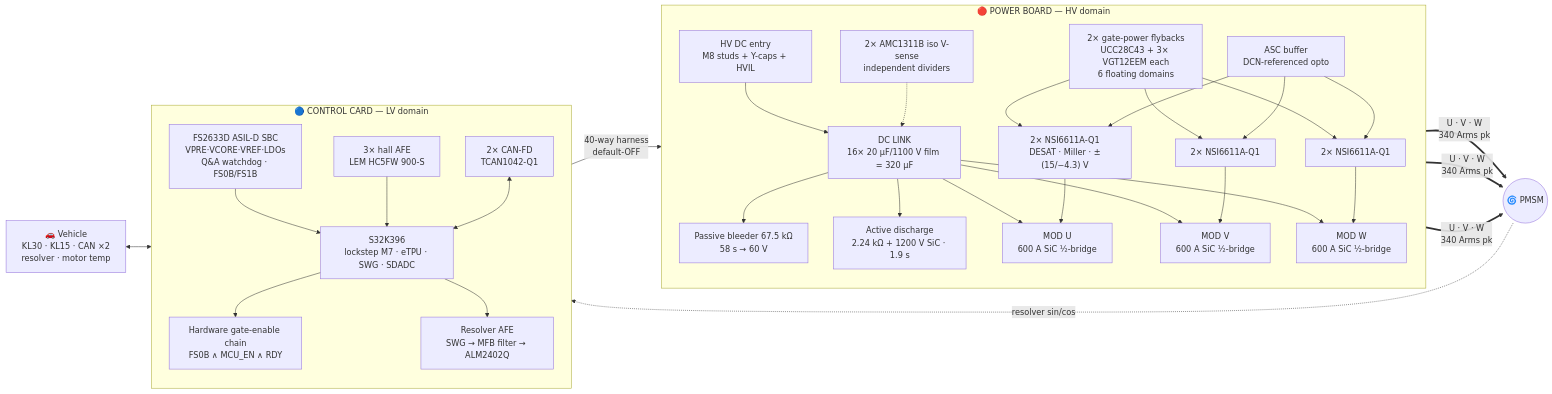
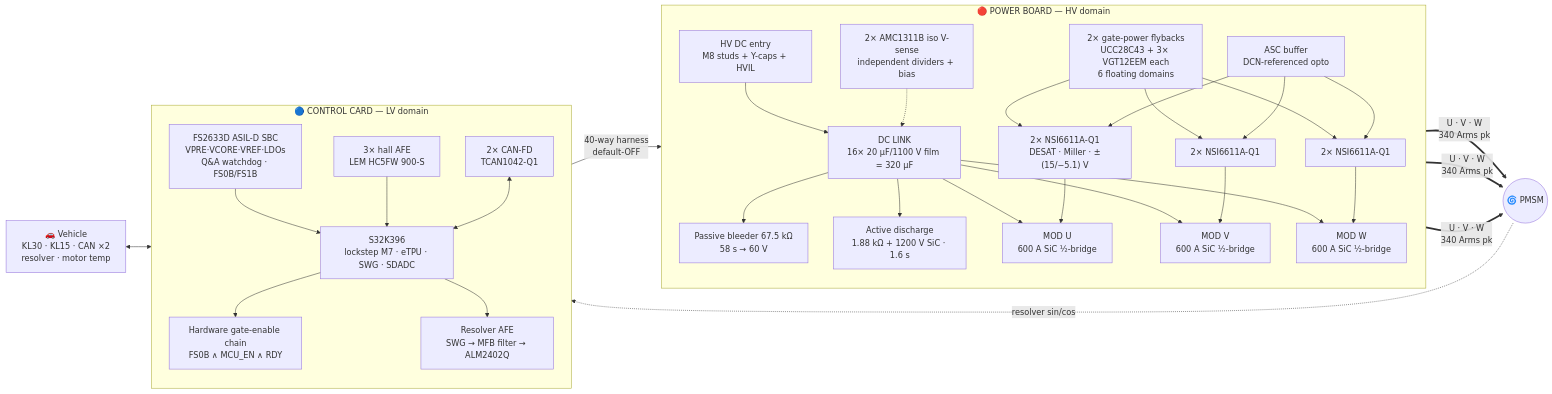
The first of 9 diagrams in README.md (vectivolt/Traction-Inverter-GEN-1), drawn with Mermaid before and after one commit. The commit also changed other lines of this file and 61 other files, not shown here.

````diff
--- a/README.md
+++ b/README.md
@@ -145,35 +147,35 @@
 ```mermaid
 flowchart LR
   subgraph HV["🔴 POWER BOARD — HV domain"]
     direction TB
     DCIN["HV DC entry<br/>M8 studs + Y-caps + HVIL"] --> LINK["DC LINK<br/>16× 20 µF/1100 V film = 320 µF"]
     LINK --> BLEED["Passive bleeder 67.5 kΩ<br/>58 s → 60 V"]
-    LINK --> ADIS["Active discharge<br/>2.24 kΩ + 1200 V SiC · 1.9 s"]
+    LINK --> ADIS["Active discharge<br/>1.88 kΩ + 1200 V SiC · 1.6 s"]
     LINK --> MU["MOD U<br/>600 A SiC ½-bridge"]
     LINK --> MV["MOD V<br/>600 A SiC ½-bridge"]
     LINK --> MW["MOD W<br/>600 A SiC ½-bridge"]
-    GDU["2× NSI6611A-Q1<br/>DESAT · Miller · ±(15/−4.3) V"] --> MU
+    GDU["2× NSI6611A-Q1<br/>DESAT · Miller · ±(15/−5.1) V"] --> MU
     GDV["2× NSI6611A-Q1"] --> MV
     GDW["2× NSI6611A-Q1"] --> MW
     FLY["2× gate-power flybacks<br/>UCC28C43 + 3× VGT12EEM each<br/>6 floating domains"] --> GDU & GDV & GDW
-    VDC["2× AMC1311B iso V-sense<br/>independent dividers"] -.-> LINK
+    VDC["2× AMC1311B iso V-sense<br/>independent dividers + bias"] -.-> LINK
     ASC["ASC buffer<br/>DCN-referenced opto"] --> GDU & GDV & GDW
   end
 
   subgraph LV["🔵 CONTROL CARD — LV domain"]
     direction TB
     SBC["FS2633D ASIL-D SBC<br/>VPRE·VCORE·VREF·LDOs<br/>Q&A watchdog · FS0B/FS1B"] --> MCU["S32K396<br/>lockstep M7 · eTPU · SWG · SDADC"]
     MCU --> SAFE["Hardware gate-enable chain<br/>FS0B ∧ MCU_EN ∧ RDY"]
     MCU --> RSLV["Resolver AFE<br/>SWG → MFB filter → ALM2402Q"]
     HALL["3× hall AFE<br/>LEM HC5FW 900-S"] --> MCU
     CAN["2× CAN-FD<br/>TCAN1042-Q1"] <--> MCU
   end
 
   MOTOR(("🌀 PMSM"))
   VEH["🚗 Vehicle<br/>KL30 · KL15 · CAN ×2<br/>resolver · motor temp"]
 
   MU & MV & MW ==>|"U · V · W<br/>340 Arms pk"| MOTOR
   SAFE -->|"40-way harness<br/>default-OFF"| GDU
   VEH <--> LV
   MOTOR -.->|resolver sin/cos| RSLV
 ```
````
